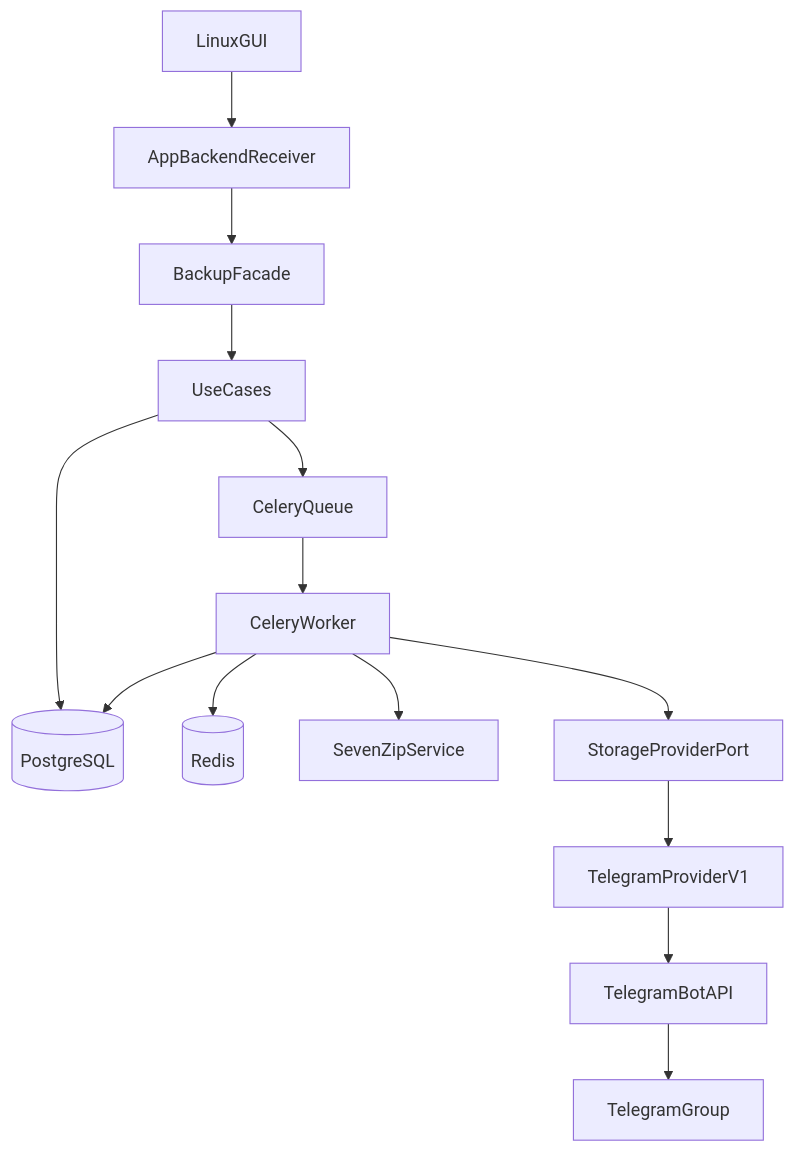
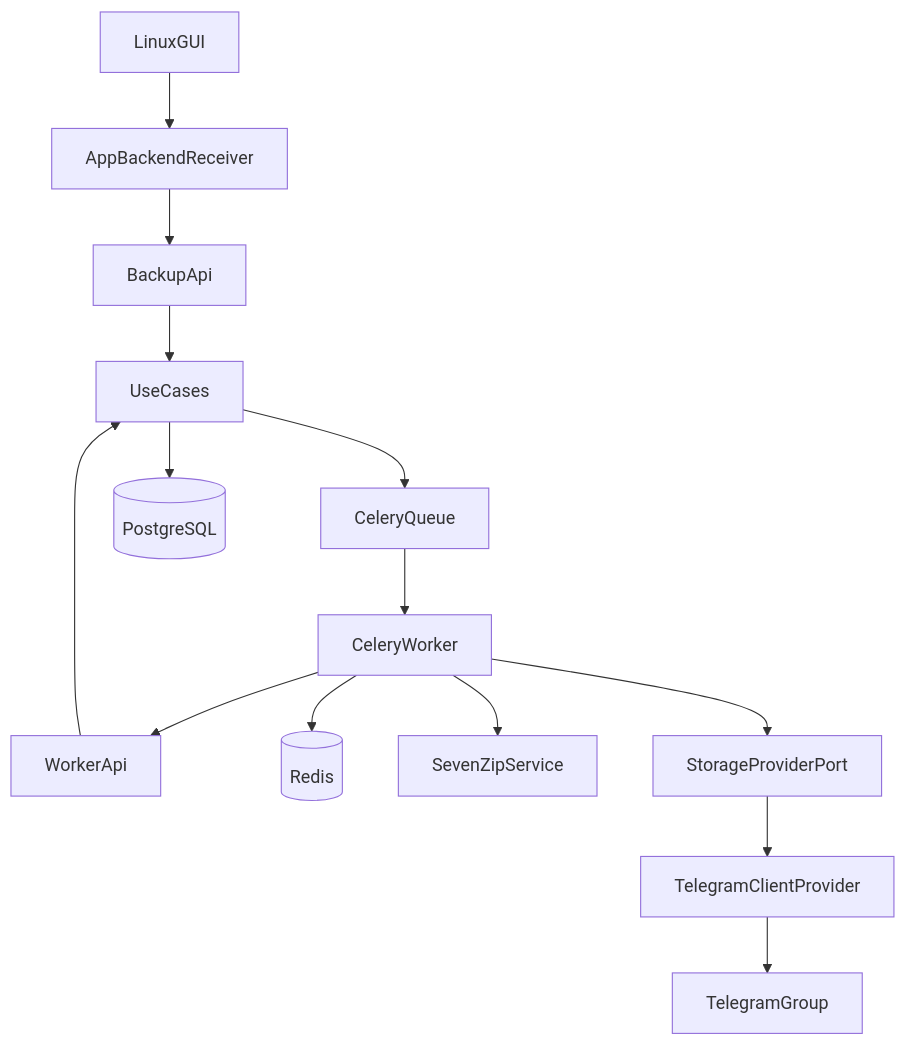
The diagram in README.md (RomFuture/telegram-uploader), drawn with Mermaid before and after one commit. The commit also changed other lines of this file and 27 other files, not shown here.

````diff
--- a/README.md
+++ b/README.md
@@ -207,16 +209,16 @@
 ```mermaid
 flowchart TB
   ui[LinuxGUI] --> backend[AppBackendReceiver]
-  backend --> facade[BackupFacade]
-  facade --> useCases[UseCases]
+  backend --> api[BackupApi]
+  api --> useCases[UseCases]
   useCases --> queue[CeleryQueue]
   useCases --> db[(PostgreSQL)]
   queue --> worker[CeleryWorker]
+  worker --> workerApi[WorkerApi]
+  workerApi --> useCases
   worker --> redis[(Redis)]
-  worker --> db
   worker --> archive[SevenZipService]
   worker --> providerPort[StorageProviderPort]
-  providerPort --> tgProvider[TelegramProviderV1]
-  tgProvider --> tgApi[TelegramBotAPI]
-  tgApi --> messenger[TelegramGroup]
+  providerPort --> tgClient[TelegramClientProvider]
+  tgClient --> messenger[TelegramGroup]
 ```
````
